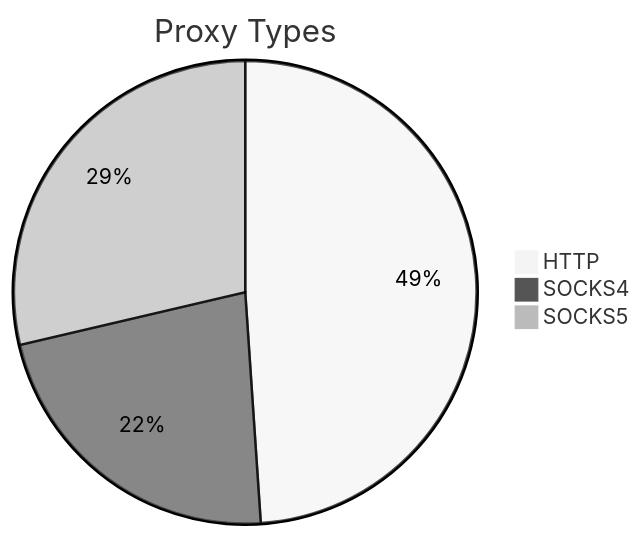
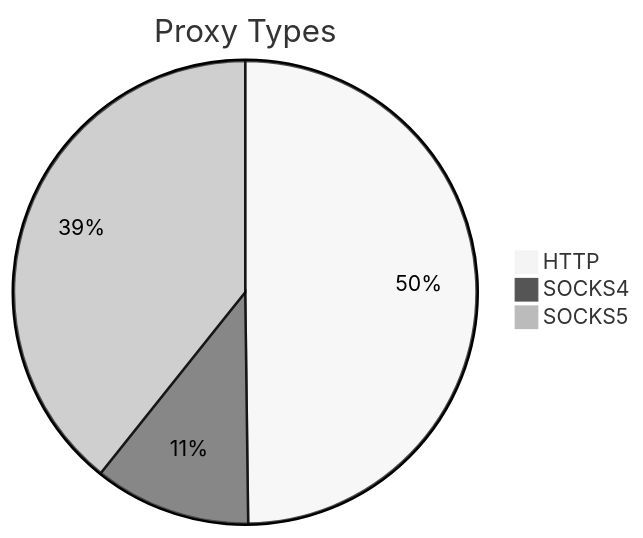
Before and after one commit to stormsia/proxy-list: the first of 2 diagrams in README.md, drawn with Mermaid (neutral theme). The commit also changed other lines of this file, not shown here.

````diff
--- a/README.md
+++ b/README.md
@@ -21,6 +21,6 @@
 ```mermaid
 pie title Proxy Types
-    "HTTP" : 251
-    "SOCKS4" : 115
-    "SOCKS5" : 147
+    "HTTP" : 123
+    "SOCKS4" : 27
+    "SOCKS5" : 97
 ```
````
